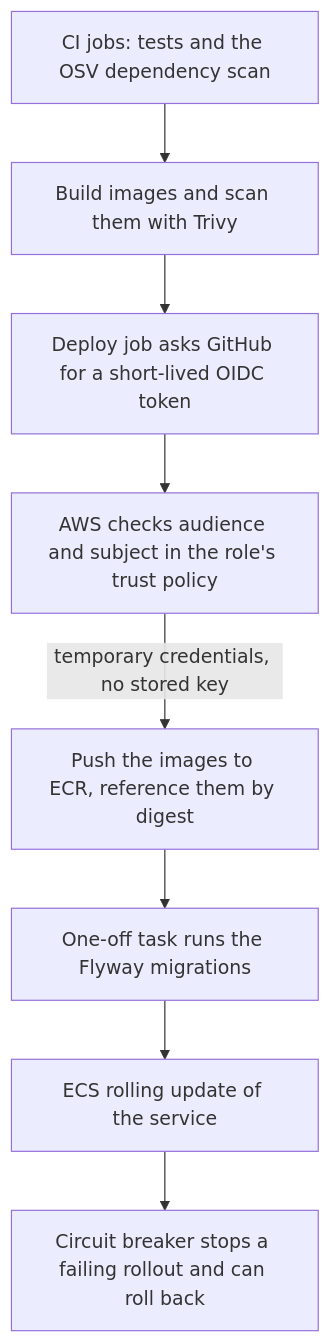
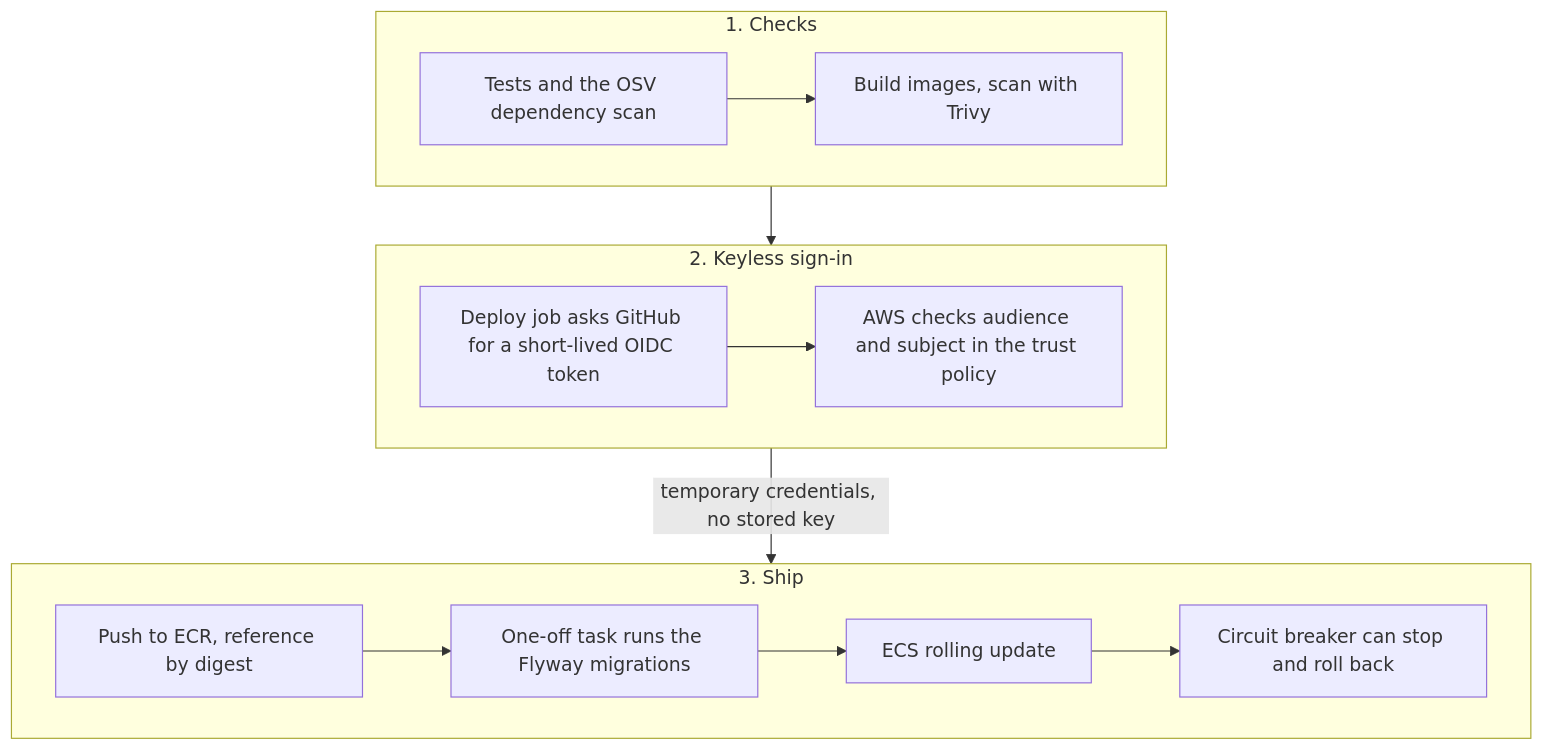
The fourth of 5 diagrams in book/part-7-cloud/41-aws-operations.md (Sriram-Codes-SW/secure-doc-viewer), drawn with Mermaid before and after one commit. The commit also changed other lines of this file and 59 other files, not shown here.

Commit message:
Book: round 2 fixes (Ch 40/41 trim and Figure 41.5, wide diagrams, glossary bolding, star labels, EPUB metadata, contrast theme)

````diff
--- a/book/part-7-cloud/41-aws-operations.md
+++ b/book/part-7-cloud/41-aws-operations.md
@@ -193,10 +195,17 @@
 ```mermaid
 flowchart TB
-    T["CI jobs: tests and the OSV dependency scan"] --> B["Build images and scan them with Trivy"]
-    B --> O["Deploy job asks GitHub for a short-lived OIDC token"]
-    O --> S["AWS checks audience and subject in the role's trust policy"]
-    S -->|"temporary credentials, no stored key"| E["Push the images to ECR, reference them by digest"]
-    E --> M["One-off task runs the Flyway migrations"]
-    M --> R["ECS rolling update of the service"]
-    R --> CB["Circuit breaker stops a failing rollout and can roll back"]
+    subgraph CHK["1. Checks"]
+        direction LR
+        T["Tests and the OSV dependency scan"] --> B["Build images, scan with Trivy"]
+    end
+    subgraph AUTH["2. Keyless sign-in"]
+        direction LR
+        O["Deploy job asks GitHub for a short-lived OIDC token"] --> S["AWS checks audience and subject in the trust policy"]
+    end
+    subgraph SHIP["3. Ship"]
+        direction LR
+        E["Push to ECR, reference by digest"] --> M["One-off task runs the Flyway migrations"] --> R["ECS rolling update"] --> CB["Circuit breaker can stop and roll back"]
+    end
+    CHK --> AUTH
+    AUTH -->|"temporary credentials, no stored key"| SHIP
 ```
````
